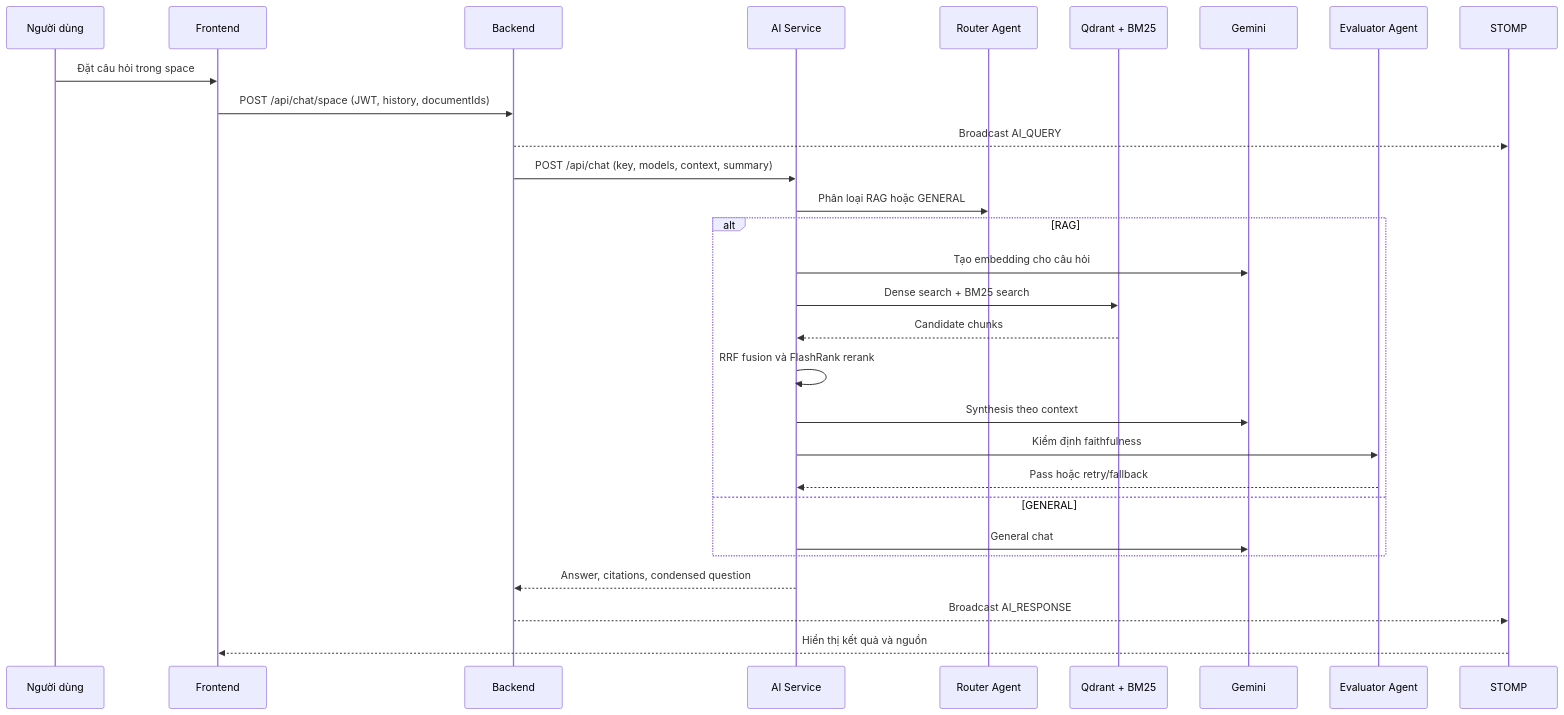
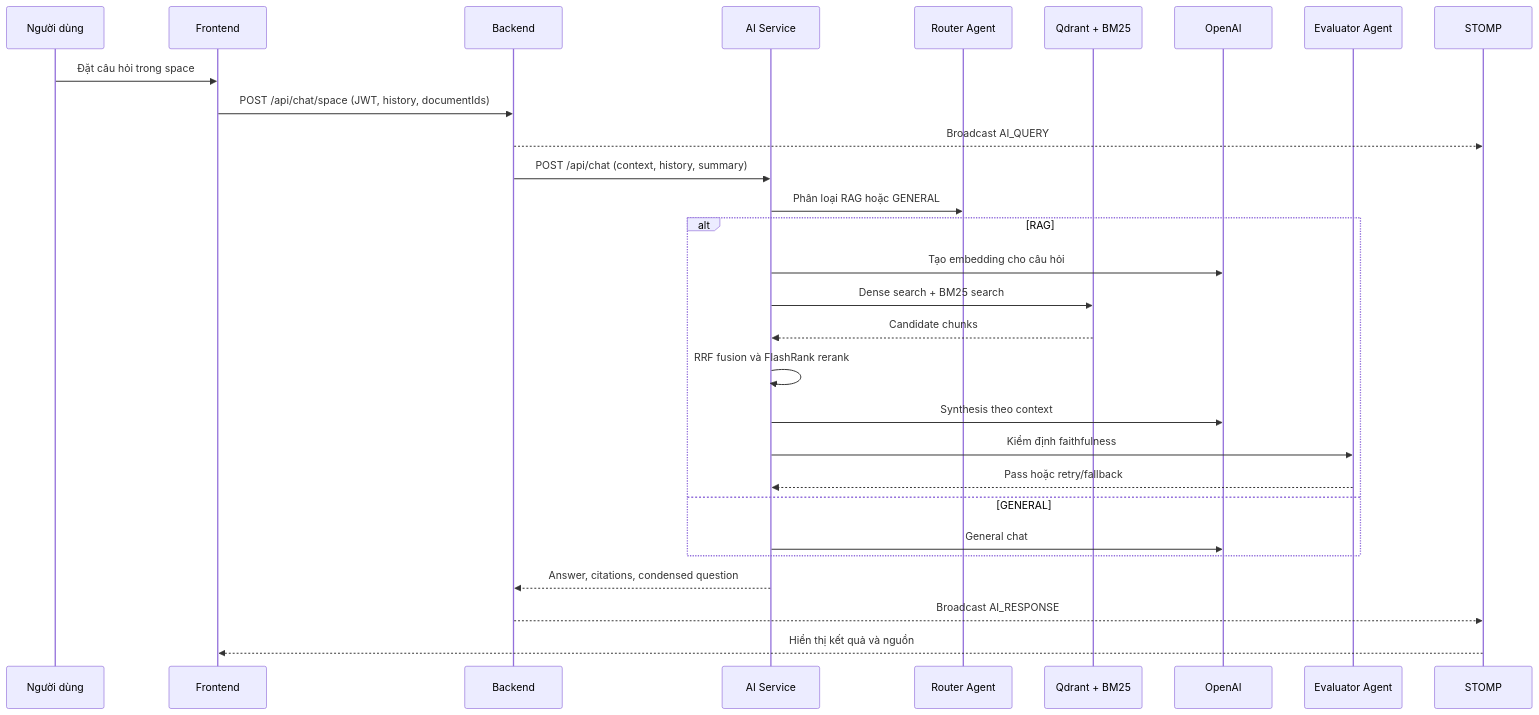
Before and after one commit to NHACTAOHOCBAI/mora-ai: the second of 2 diagrams in README.md, drawn with Mermaid. The commit also changed other lines of this file and 15 other files, not shown here.

````diff
--- a/README.md
+++ b/README.md
@@ -38,32 +38,32 @@
 ```mermaid
 sequenceDiagram
   participant U as Người dùng
   participant FE as Frontend
   participant BE as Backend
   participant AI as AI Service
   participant R as Router Agent
   participant Q as Qdrant + BM25
-  participant G as Gemini
+  participant G as OpenAI
   participant E as Evaluator Agent
   participant WS as STOMP
 
   U->>FE: Đặt câu hỏi trong space
   FE->>BE: POST /api/chat/space (JWT, history, documentIds)
   BE-->>WS: Broadcast AI_QUERY
-  BE->>AI: POST /api/chat (key, models, context, summary)
+  BE->>AI: POST /api/chat (context, history, summary)
   AI->>R: Phân loại RAG hoặc GENERAL
   alt RAG
     AI->>G: Tạo embedding cho câu hỏi
     AI->>Q: Dense search + BM25 search
     Q-->>AI: Candidate chunks
     AI->>AI: RRF fusion và FlashRank rerank
     AI->>G: Synthesis theo context
     AI->>E: Kiểm định faithfulness
     E-->>AI: Pass hoặc retry/fallback
   else GENERAL
     AI->>G: General chat
   end
   AI-->>BE: Answer, citations, condensed question
   BE-->>WS: Broadcast AI_RESPONSE
   WS-->>FE: Hiển thị kết quả và nguồn
 ```
````
